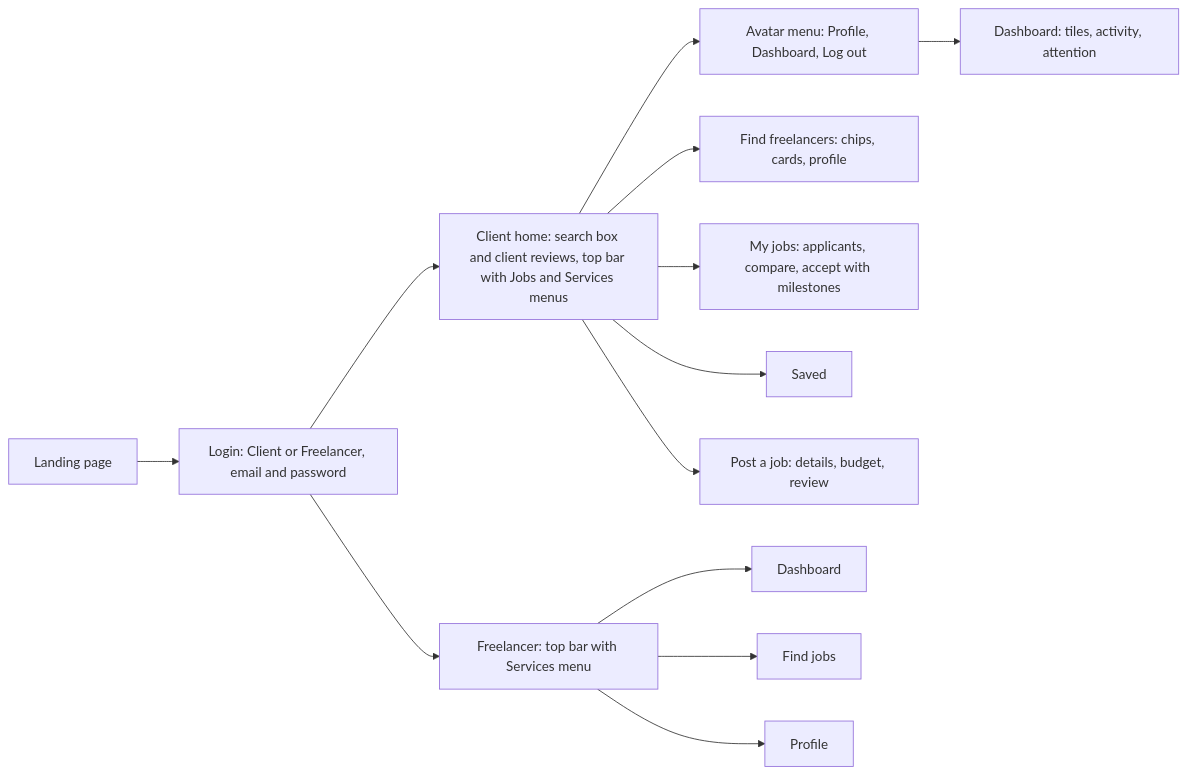
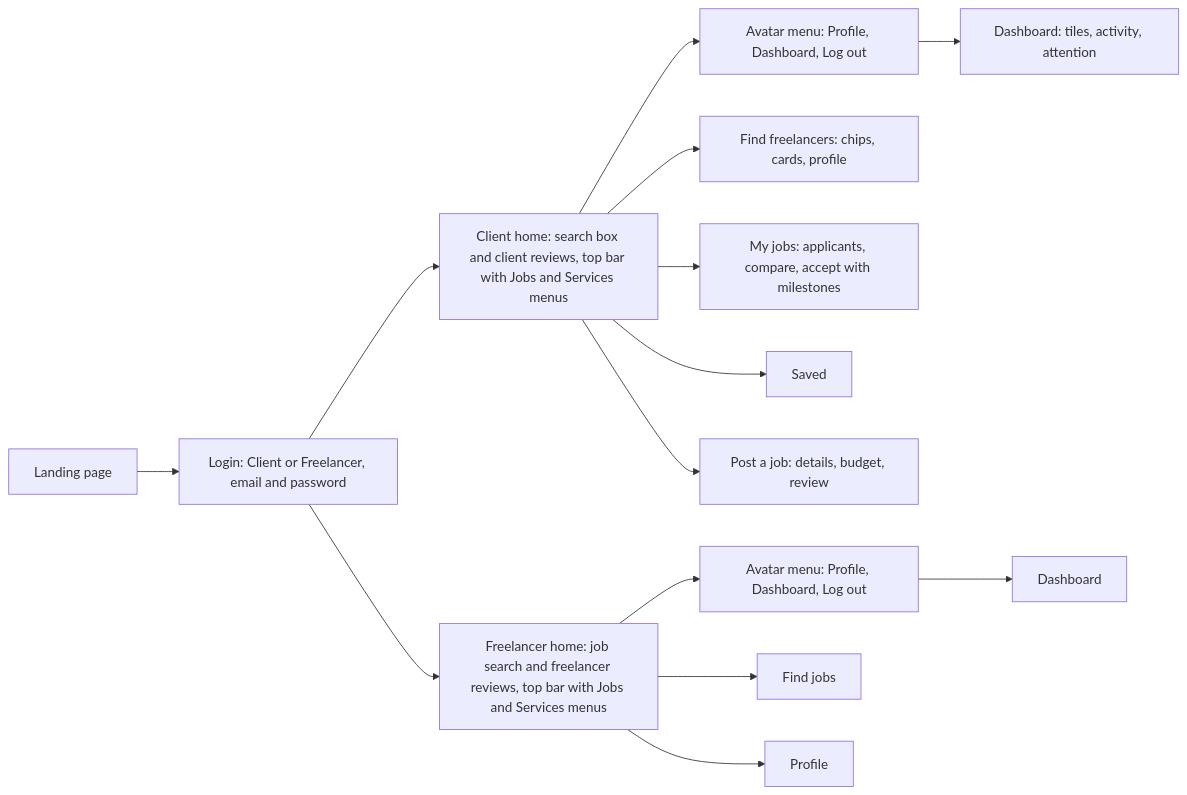
One commit to Krishnass05/fynd changed the ninth of 9 diagrams in flow.md. Above: the diagram before and after it, drawn with Mermaid. The commit also changed 14 other files, not shown here.

First line of the commit message:
Give the freelancer side the client layout and add sample open jobs

````diff
--- a/flow.md
+++ b/flow.md
@@ -151,15 +151,16 @@
 ```mermaid
 flowchart LR
   L[Landing page] --> G[Login: Client or Freelancer, email and password]
   G --> C[Client home: search box and client reviews, top bar with Jobs and Services menus]
   C --> CP[Avatar menu: Profile, Dashboard, Log out]
-  G --> F[Freelancer: top bar with Services menu]
+  G --> F[Freelancer home: job search and freelancer reviews, top bar with Jobs and Services menus]
   CP --> C1[Dashboard: tiles, activity, attention]
   C --> C2[Find freelancers: chips, cards, profile]
   C --> C3[My jobs: applicants, compare, accept with milestones]
   C --> C4[Saved]
   C --> C5[Post a job: details, budget, review]
-  F --> F1[Dashboard]
+  F --> FP[Avatar menu: Profile, Dashboard, Log out]
+  FP --> F1[Dashboard]
   F --> F2[Find jobs]
   F --> F3[Profile]
 ```
````
